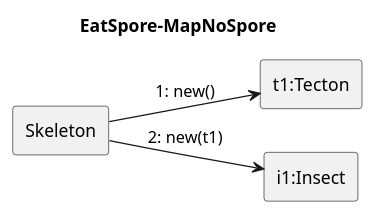
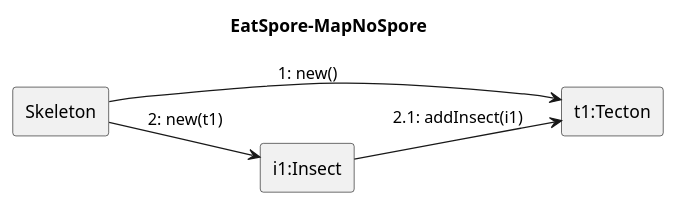
Before and after one commit to ZD4ve/projlab-error521: the diagram in Skeleton/Eat-spore/map-no-spore.pu, drawn with PlantUML.

```diff
--- a/Skeleton/Eat-spore/map-no-spore.pu
+++ b/Skeleton/Eat-spore/map-no-spore.pu
@@ -1,14 +1,15 @@
 @startuml Eat-spore/map-no-spore
 left to right direction
 title EatSpore-MapNoSpore
 
 rectangle Skeleton as S 
 
 rectangle "t1:Tecton" as t1
 rectangle "i1:Insect" as i1
 
 S --> t1: 1: new()
 
 S --> i1 : 2: new(t1)
+i1 --> t1 : 2.1: addInsect(i1)
 
 @enduml
```
